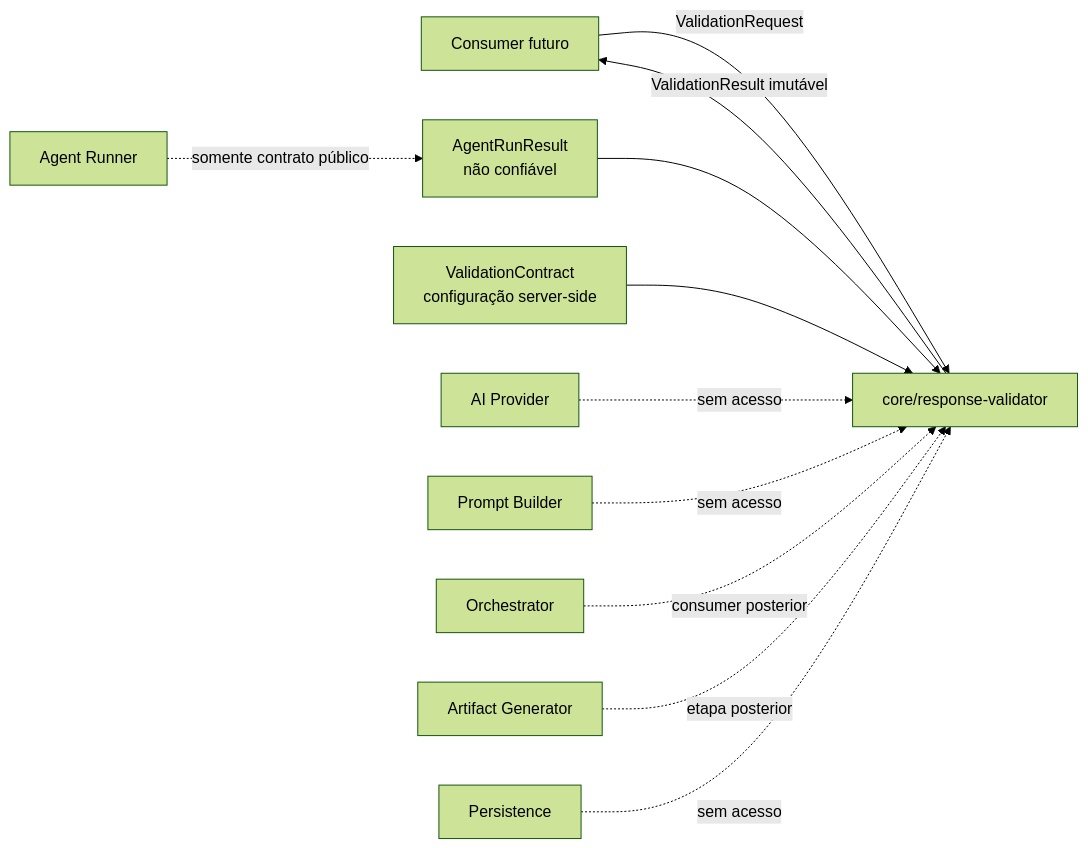
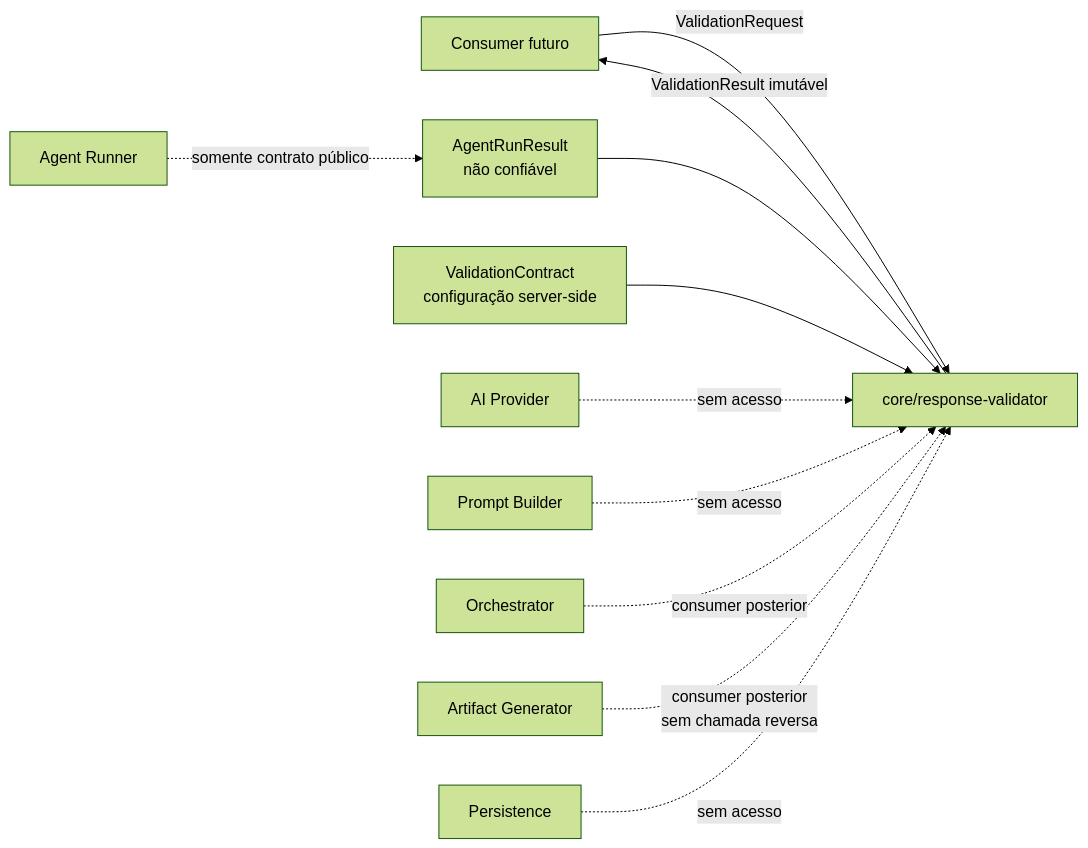
Before and after one commit to felipet66/brq-ai-factory: the first of 11 diagrams in knowledge/29-RESPONSE_VALIDATOR_FLOW.md, drawn with Mermaid (forest theme). The commit also changed other lines of this file and 55 other files, not shown here.

First line of the commit message:
feat(sprint-8): implement artifact generator

````diff
--- a/knowledge/29-RESPONSE_VALIDATOR_FLOW.md
+++ b/knowledge/29-RESPONSE_VALIDATOR_FLOW.md
@@ -13,15 +13,15 @@
 ```mermaid
 flowchart LR
     CALLER["Consumer futuro"] -->|"ValidationRequest"| VALIDATOR["core/response-validator"]
     VALIDATOR -->|"ValidationResult imutável"| CALLER
 
     RUN_RESULT["AgentRunResult<br/>não confiável"] --> VALIDATOR
     CONTRACT["ValidationContract<br/>configuração server-side"] --> VALIDATOR
 
     RUNNER["Agent Runner"] -.->|"somente contrato público"| RUN_RESULT
     PROVIDER["AI Provider"] -.->|"sem acesso"| VALIDATOR
     PROMPT["Prompt Builder"] -.->|"sem acesso"| VALIDATOR
     ORCHESTRATOR["Orchestrator"] -.->|"consumer posterior"| VALIDATOR
-    ARTIFACT["Artifact Generator"] -.->|"etapa posterior"| VALIDATOR
+    ARTIFACT["Artifact Generator"] -.->|"consumer posterior<br/>sem chamada reversa"| VALIDATOR
     DB["Persistence"] -.->|"sem acesso"| VALIDATOR
 ```
````
